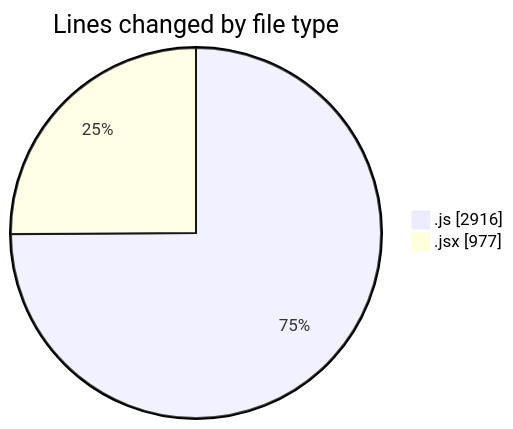
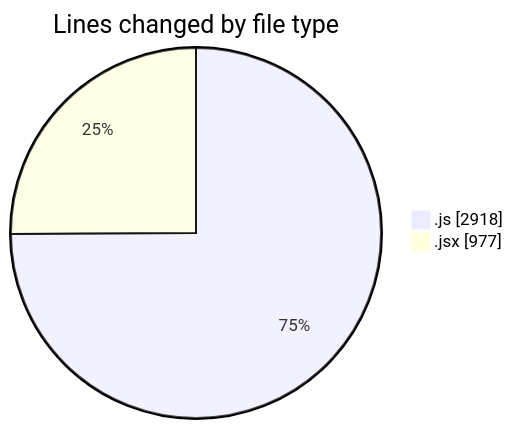
Before and after one commit to nxtqubesakshisongat/code-tracking: the first of 2 diagrams in 2025-08-13/nxtqube_webapp/README.md, drawn with Mermaid. The commit also changed other lines of this file and 1 other file, not shown here.

````diff
--- a/2025-08-13/nxtqube_webapp/README.md
+++ b/2025-08-13/nxtqube_webapp/README.md
@@ -22,6 +22,6 @@
 ```mermaid
 pie showData
 title Lines changed by file type
-".js" : 2916
+".js" : 2918
 ".jsx" : 977
 ```
````
